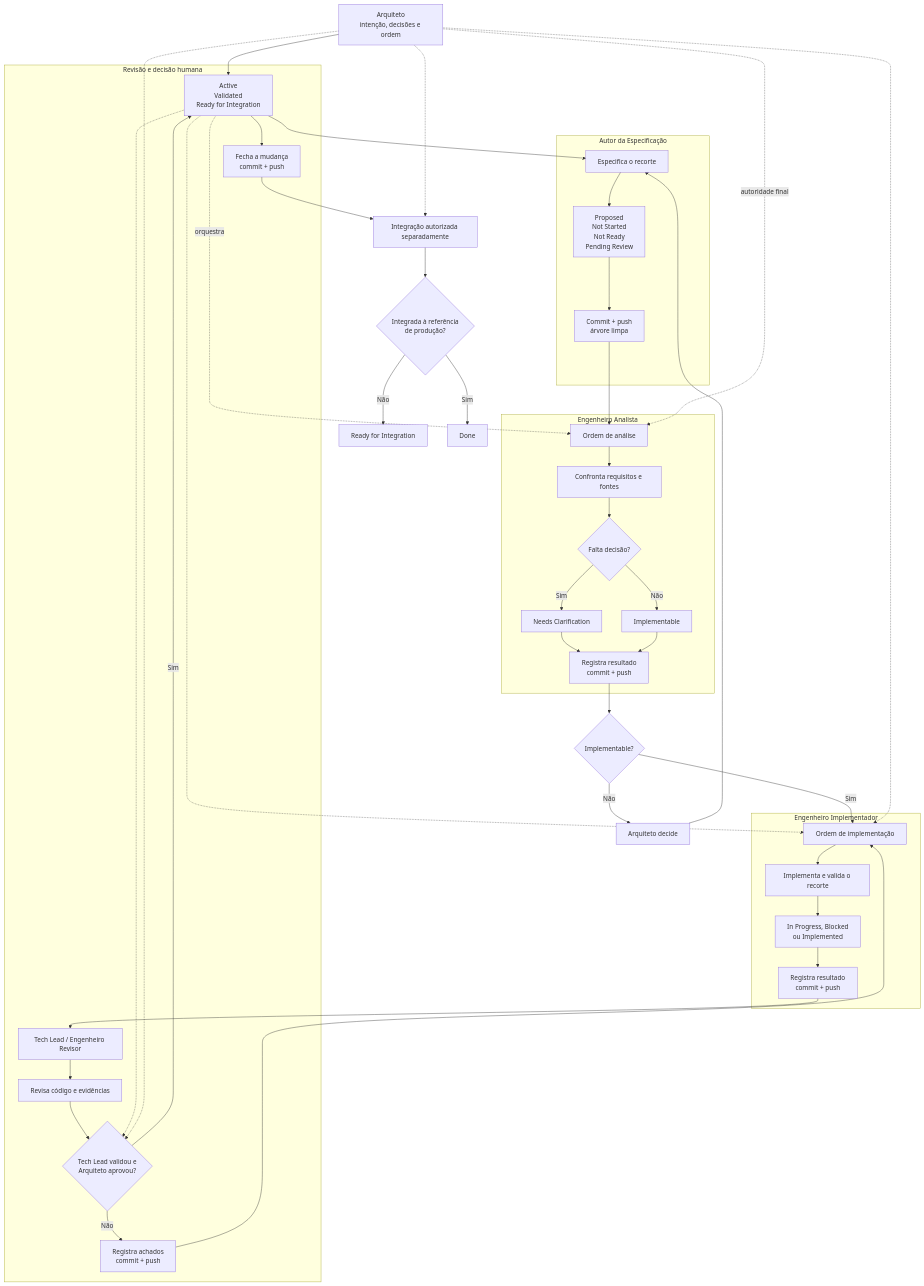
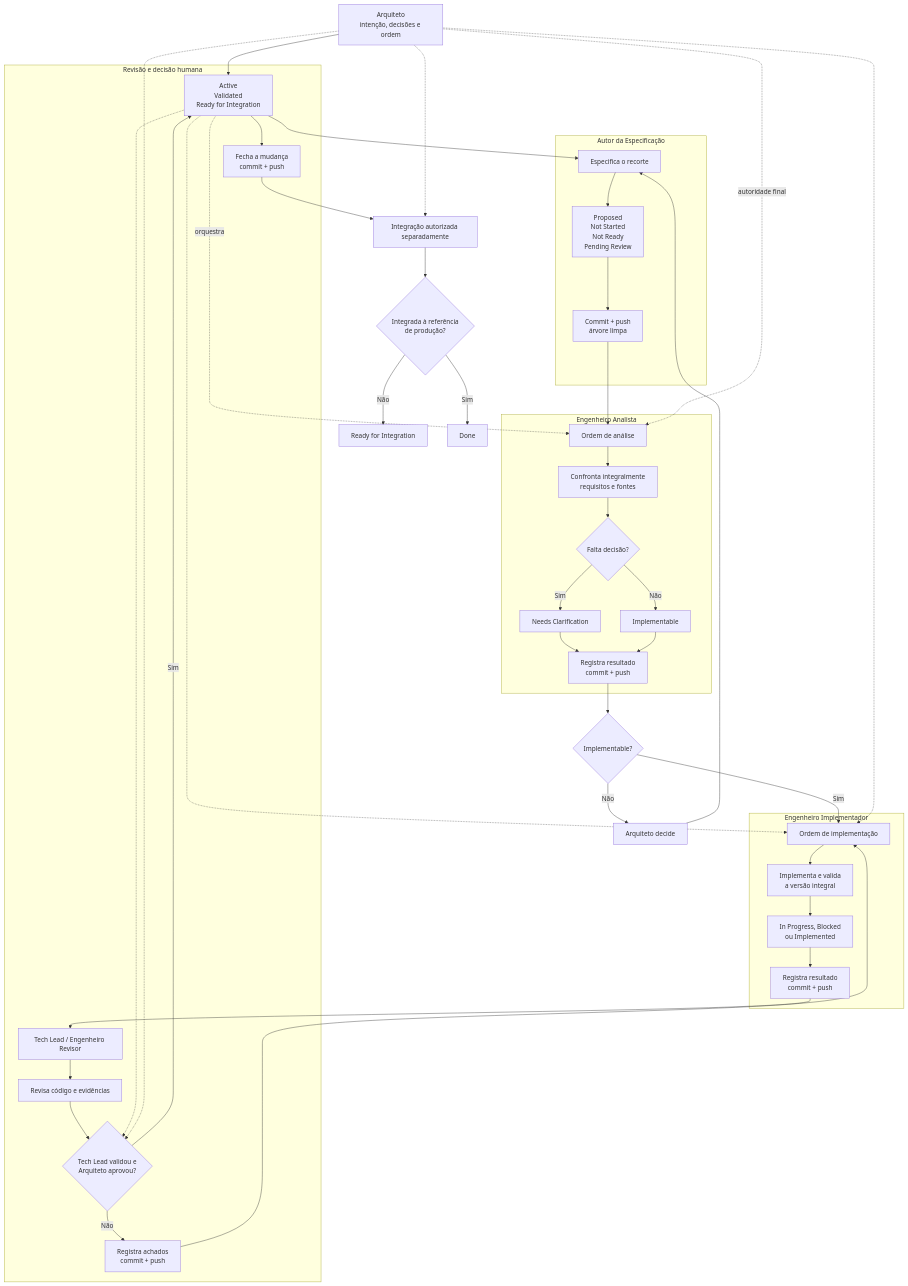
The diagram in docs/EKOM-METHOD.md (iotsmartsys/EKM-guidelines), drawn with Mermaid before and after one commit. The commit also changed other lines of this file and 20 other files, not shown here.

````diff
--- a/docs/EKOM-METHOD.md
+++ b/docs/EKOM-METHOD.md
@@ -296,56 +332,56 @@
 ```mermaid
 flowchart TD
     S["Especificação EKOM<br/>fonte única da verdade"] --> B
     A["Arquiteto<br/>intenção, decisões e ordem"] --> S
 
     subgraph AUT["Autor da Especificação"]
         B["Especifica o recorte"] --> B1["Proposed<br/>Not Started<br/>Not Ready<br/>Pending Review"]
         B1 --> B2["Commit + push<br/>árvore limpa"]
     end
 
     B2 --> C["Ordem de análise"]
 
     subgraph ANA["Engenheiro Analista"]
-        C --> D["Confronta requisitos e fontes"]
+        C --> D["Confronta integralmente<br/>requisitos e fontes"]
         D --> E{"Falta decisão?"}
         E -- "Sim" --> F["Needs Clarification"]
         E -- "Não" --> G["Implementable"]
         F --> H["Registra resultado<br/>commit + push"]
         G --> H
     end
 
     H --> I{"Implementable?"}
     I -- "Não" --> J["Arquiteto decide"]
     J --> B
     I -- "Sim" --> K["Ordem de implementação"]
 
     subgraph IMP["Engenheiro Implementador"]
-        K --> L["Implementa e valida o recorte"]
+        K --> L["Implementa e valida<br/>a versão integral"]
         L --> M["In Progress, Blocked<br/>ou Implemented"]
         M --> N["Registra resultado<br/>commit + push"]
     end
 
     N --> O["Tech Lead / Engenheiro Revisor"]
 
     subgraph REV["Revisão e decisão humana"]
         O --> P["Revisa código e evidências"]
         P --> Q{"Tech Lead validou e<br/>Arquiteto aprovou?"}
         Q -- "Não" --> R["Registra achados<br/>commit + push"]
         Q -- "Sim" --> S["Active<br/>Validated<br/>Ready for Integration"]
         S --> T["Fecha a mudança<br/>commit + push"]
     end
 
     R --> K
     T --> U["Integração autorizada separadamente"]
     U --> V{"Integrada à referência<br/>de produção?"}
     V -- "Não" --> W["Ready for Integration"]
     V -- "Sim" --> X["Done"]
 
     S -. "orquestra" .-> C
     S -.-> K
     S -.-> Q
     A -. "autoridade final" .-> C
     A -.-> K
     A -.-> Q
     A -.-> U
 ```
````
